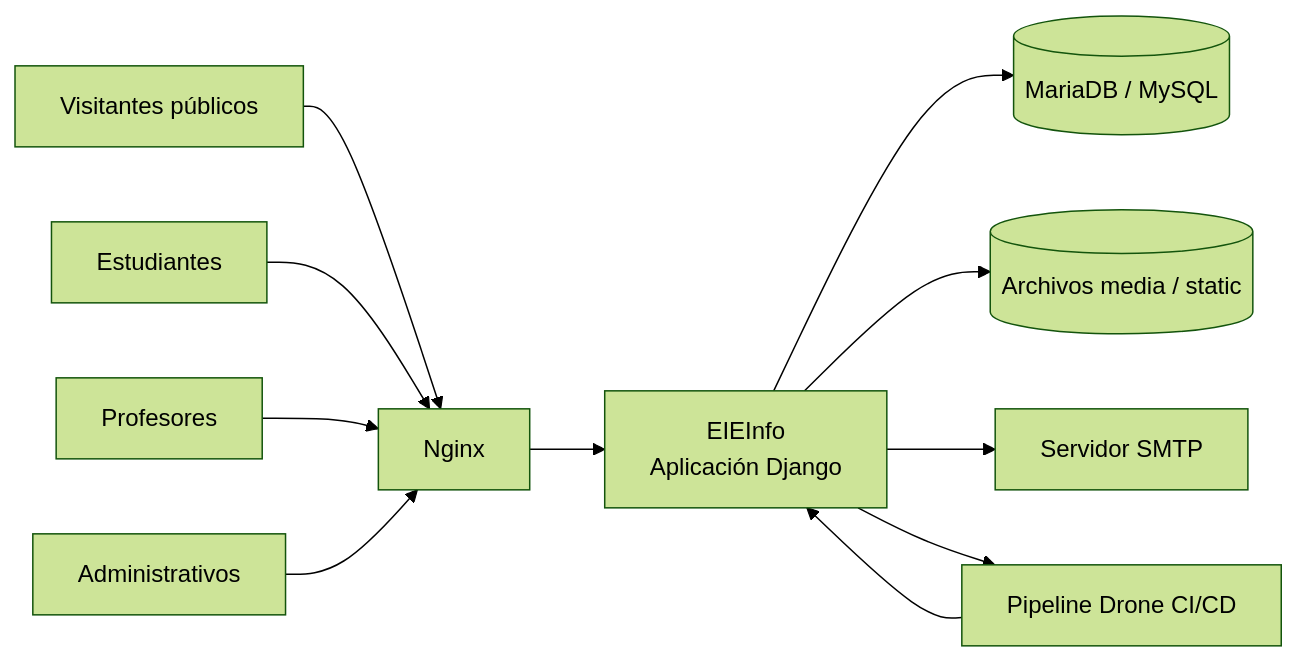
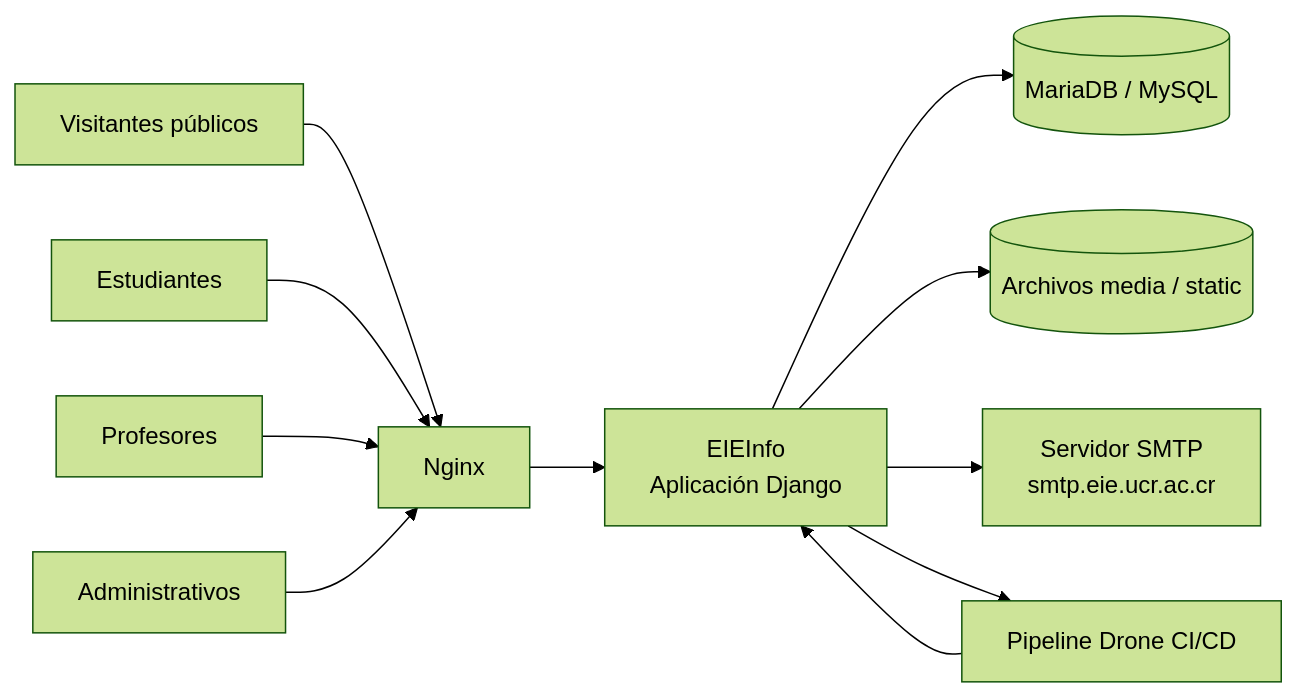
Before and after one commit to ErickVM7/IE0417: the first of 2 diagrams in Proyecto/entrega-1.md, drawn with Mermaid (forest theme). The commit also changed other lines of this file, not shown here.

`````diff
--- a/Proyecto/entrega-1.md
+++ b/Proyecto/entrega-1.md
@@ -61,15 +63,15 @@
 ```mermaid
 flowchart LR
     U1[Visitantes públicos] --> N[Nginx]
     U2[Estudiantes] --> N
     U3[Profesores] --> N
     U4[Administrativos] --> N
 
     N --> A[EIEInfo<br/>Aplicación Django]
     A --> DB[(MariaDB / MySQL)]
     A --> FS[(Archivos media / static)]
-    A --> SMTP[Servidor SMTP]
+    A --> SMTP[Servidor SMTP<br/>smtp.eie.ucr.ac.cr]
     A --> CI[Pipeline Drone CI/CD]
 
     CI --> A
-```
+````
`````
